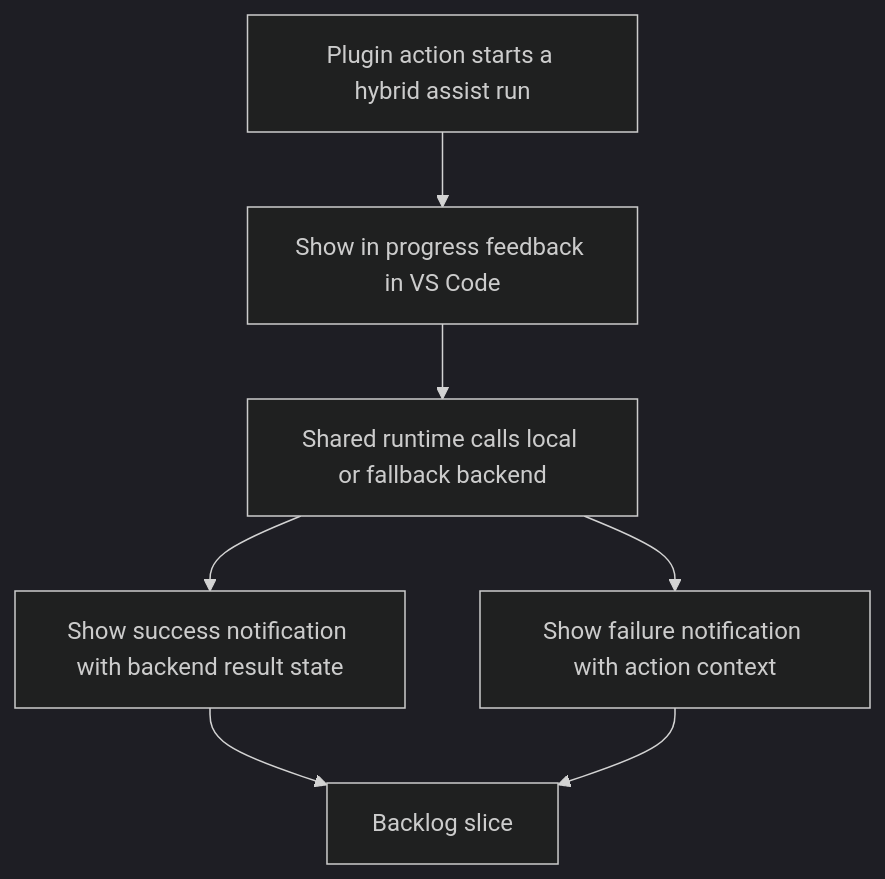
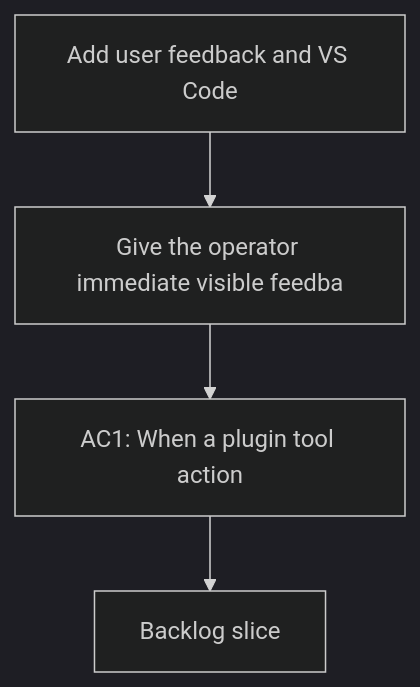
One commit to AlexAgo83/logics-manager changed the diagram in logics/request/req_100_add_user_feedback_and_vs_code_notifications_for_ollama_backend_calls.md. Above: the diagram before and after it, drawn with Mermaid (dark theme). The commit also changed 481 other files, not shown here.

````diff
--- a/logics/request/req_100_add_user_feedback_and_vs_code_notifications_for_ollama_backend_calls.md
+++ b/logics/request/req_100_add_user_feedback_and_vs_code_notifications_for_ollama_backend_calls.md
@@ -36,11 +36,8 @@
 ```mermaid
 %% logics-kind: request
 %% logics-signature: request|add-user-feedback-and-vs-code-notificati|give-the-operator-immediate-visible-feed|ac1-when-a-plugin-tool-action
 flowchart TD
-    Trigger[Plugin action starts a hybrid assist run] --> Wait[Show in progress feedback in VS Code]
-    Wait --> Run[Shared runtime calls local or fallback backend]
-    Run --> Success[Show success notification with backend result state]
-    Run --> Failure[Show failure notification with action context]
-    Success --> Backlog[Backlog slice]
-    Failure --> Backlog
+    Trigger[Add user feedback and VS Code] --> Need[Give the operator immediate visible feedba]
+    Need --> Outcome[AC1: When a plugin tool action]
+    Outcome --> Backlog[Backlog slice]
 ```
````
